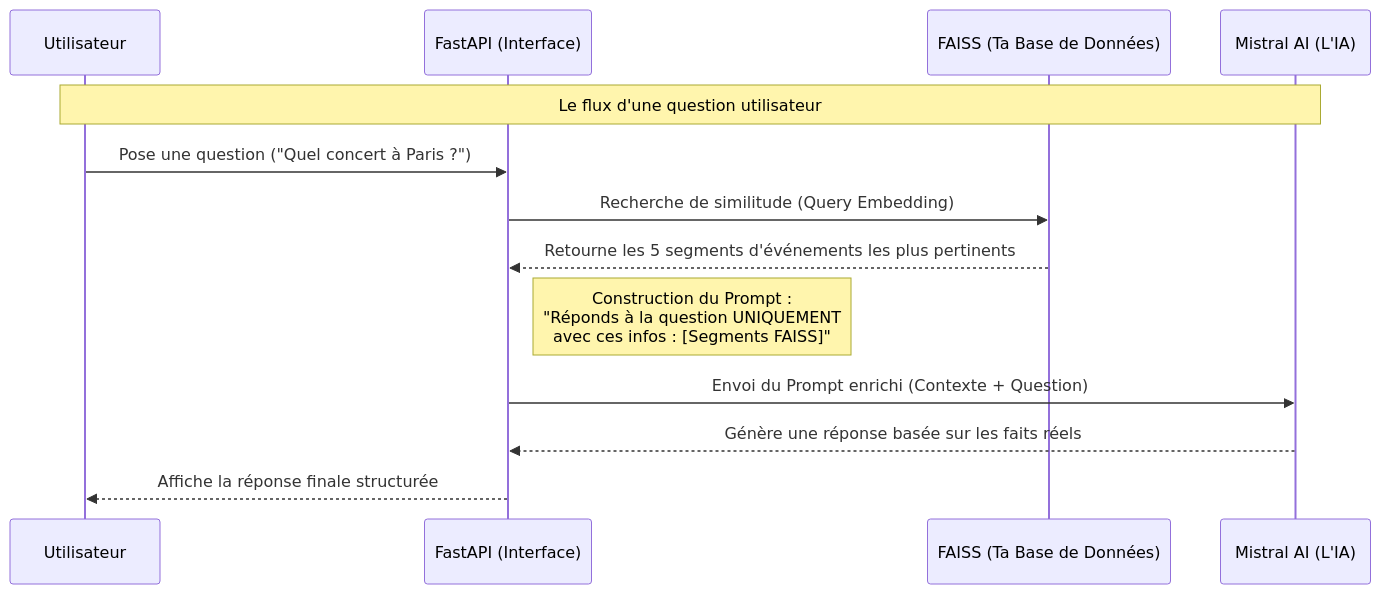
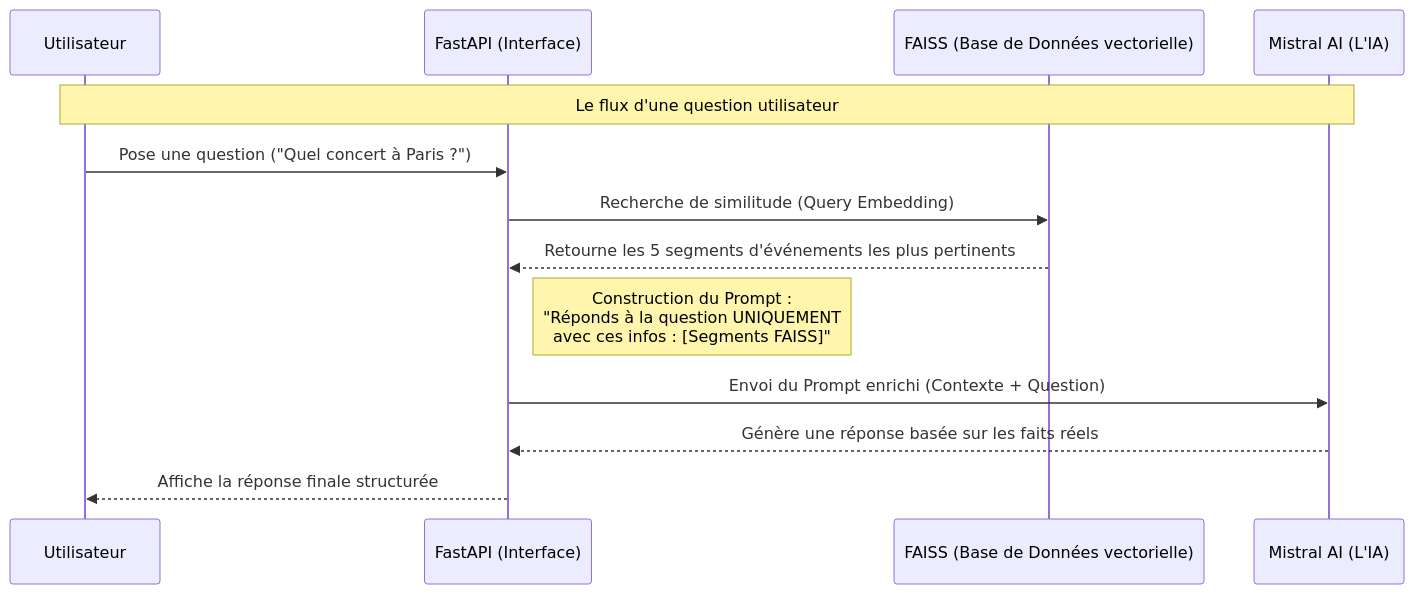
One commit to AIEngOc2025/Projet7 changed the first of 2 diagrams in README.md. Above: the diagram before and after it, drawn with Mermaid.

Commit message:
Update README.md
dev : typo

````diff
--- a/README.md
+++ b/README.md
@@ -95,19 +95,19 @@
 ```mermaid
    sequenceDiagram
     participant U as Utilisateur
     participant API as FastAPI (Interface)
-    participant VDB as FAISS (Ta Base de Données)
+    participant VDB as FAISS (Base de Données vectorielle)
     participant LLM as Mistral AI (L'IA)
 
     Note over U, LLM: Le flux d'une question utilisateur
     
     U->>API: Pose une question ("Quel concert à Paris ?")
     API->>VDB: Recherche de similitude (Query Embedding)
     VDB-->>API: Retourne les 5 segments d'événements les plus pertinents
     
     Note right of API: Construction du Prompt : <br/>"Réponds à la question UNIQUEMENT <br/>avec ces infos : [Segments FAISS]"
     
     API->>LLM: Envoi du Prompt enrichi (Contexte + Question)
     LLM-->>API: Génère une réponse basée sur les faits réels
     API-->>U: Affiche la réponse finale structurée
 ```
````
